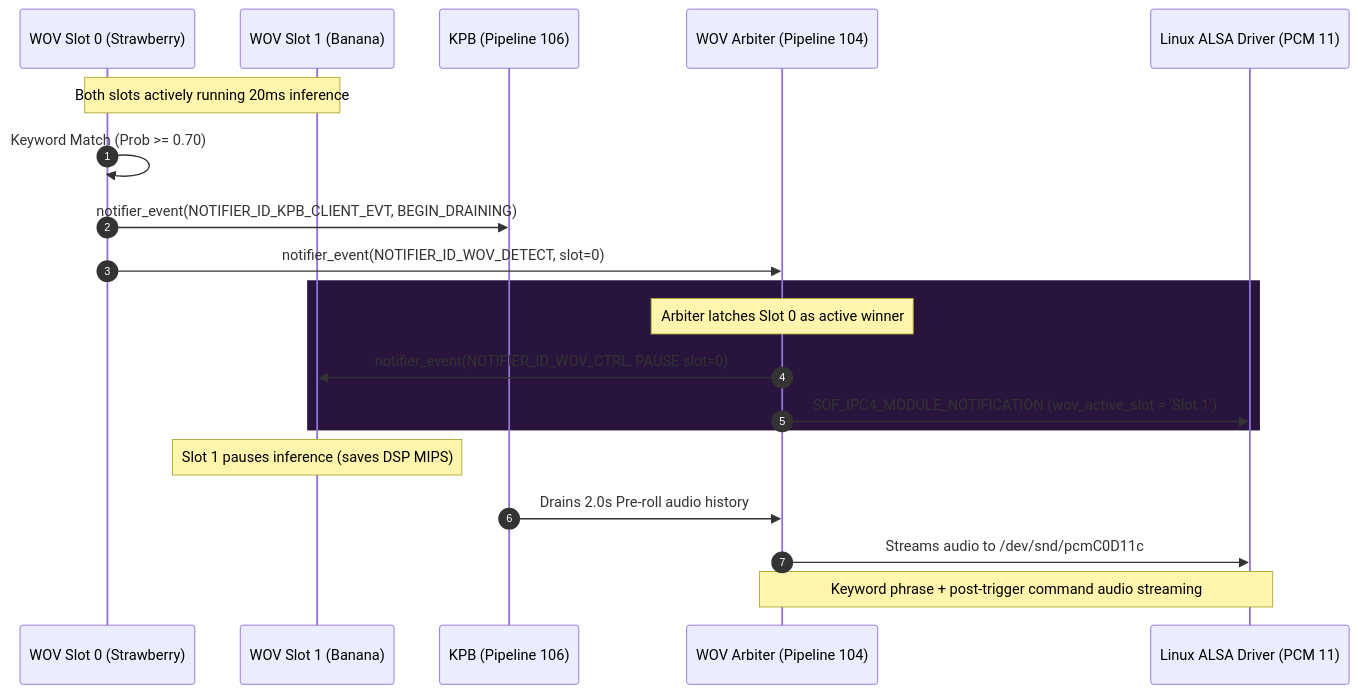
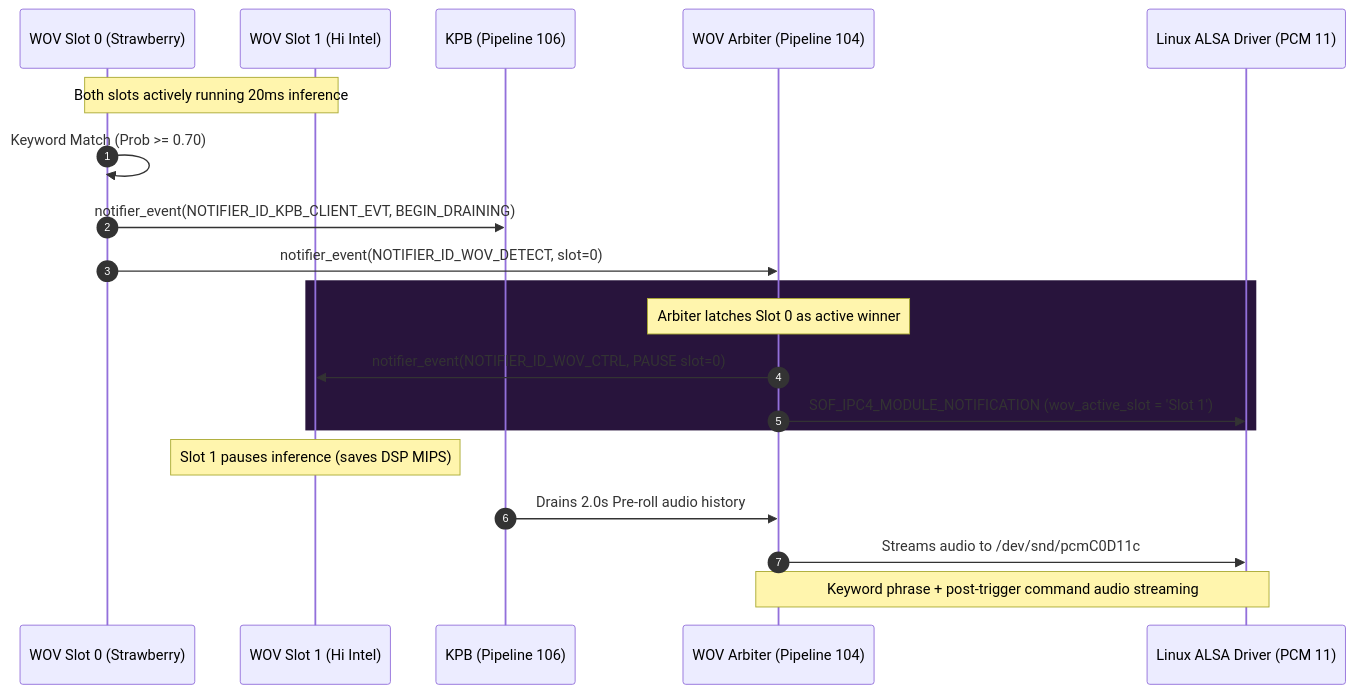
Before and after one commit to thesofproject/sof: the second of 4 diagrams in doc/developer_guides/wov_ecns_integration_guide.md, drawn with Mermaid. The commit also changed other lines of this file and 5 other files, not shown here.

First line of the commit message:
audio: microwakeword: use hi intel model for detector slot 1

````diff
--- a/doc/developer_guides/wov_ecns_integration_guide.md
+++ b/doc/developer_guides/wov_ecns_integration_guide.md
@@ -304,25 +304,25 @@
 ```mermaid
 sequenceDiagram
     autonumber
     participant WOV0 as WOV Slot 0 (Strawberry)
-    participant WOV1 as WOV Slot 1 (Banana)
+    participant WOV1 as WOV Slot 1 (Hi Intel)
     participant KPB as KPB (Pipeline 106)
     participant ARB as WOV Arbiter (Pipeline 104)
     participant HOST as Linux ALSA Driver (PCM 11)
 
     Note over WOV0,WOV1: Both slots actively running 20ms inference
     WOV0->>WOV0: Keyword Match (Prob >= 0.70)
     WOV0->>KPB: notifier_event(NOTIFIER_ID_KPB_CLIENT_EVT, BEGIN_DRAINING)
     WOV0->>ARB: notifier_event(NOTIFIER_ID_WOV_DETECT, slot=0)
     
     rect rgb(40, 20, 60)
         Note over ARB: Arbiter latches Slot 0 as active winner
         ARB->>WOV1: notifier_event(NOTIFIER_ID_WOV_CTRL, PAUSE slot=0)
         ARB->>HOST: SOF_IPC4_MODULE_NOTIFICATION (wov_active_slot = 'Slot 1')
     end
     
     Note over WOV1: Slot 1 pauses inference (saves DSP MIPS)
     KPB->>ARB: Drains 2.0s Pre-roll audio history
     ARB->>HOST: Streams audio to /dev/snd/pcmC0D11c
     Note over ARB,HOST: Keyword phrase + post-trigger command audio streaming
 ```
````
